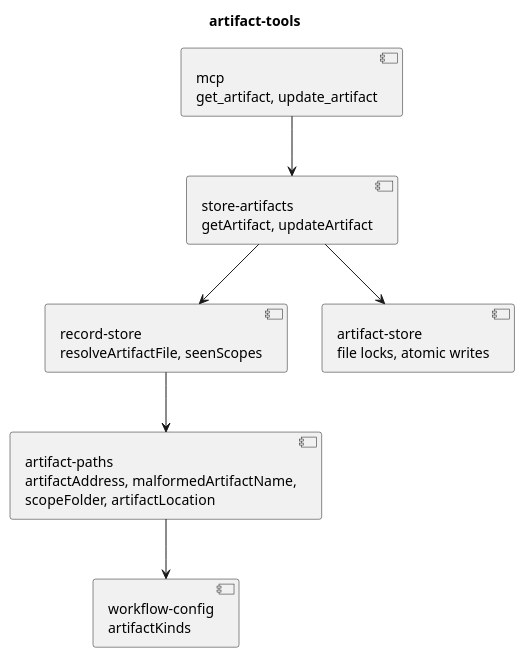
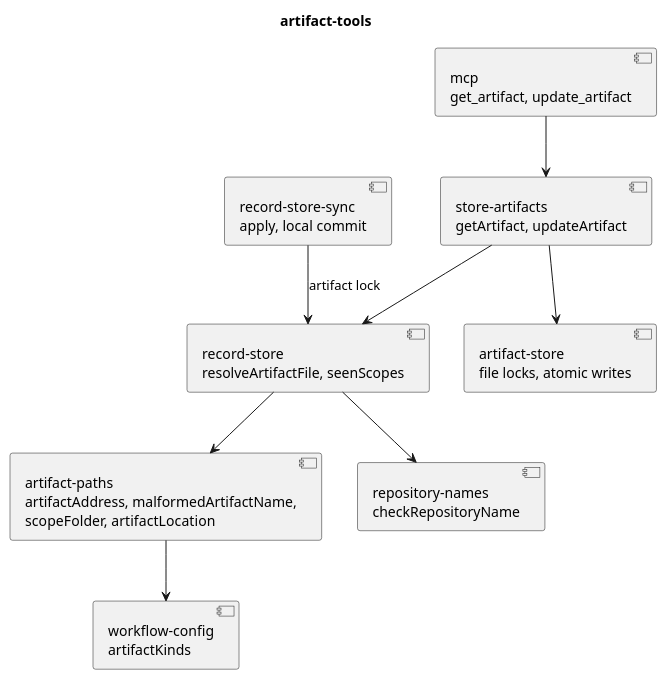
The diagram in docs/plans/workspace-artifacts/artifact-tools/code.puml (RumyantsevMichael/Prism), drawn with PlantUML before and after one commit. The commit also changed 3 other files, not shown here.

First line of the commit message:
chore: refuse device names as store scope names and commit updates whole

```diff
--- a/docs/plans/workspace-artifacts/artifact-tools/code.puml
+++ b/docs/plans/workspace-artifacts/artifact-tools/code.puml
@@ -1,16 +1,20 @@
 @startuml
 title artifact-tools
 
 component "workflow-config\nartifactKinds" as kinds
 component "artifact-paths\nartifactAddress, malformedArtifactName,\nscopeFolder, artifactLocation" as paths
+component "repository-names\ncheckRepositoryName" as names
 component "record-store\nresolveArtifactFile, seenScopes" as store
+component "record-store-sync\napply, local commit" as sync
 component "store-artifacts\ngetArtifact, updateArtifact" as tools
 component "mcp\nget_artifact, update_artifact" as mcp
 component "artifact-store\nfile locks, atomic writes" as locks
 
 paths --> kinds
 store --> paths
+store --> names
+sync --> store : artifact lock
 tools --> store
 tools --> locks
 mcp --> tools
 @enduml
```
